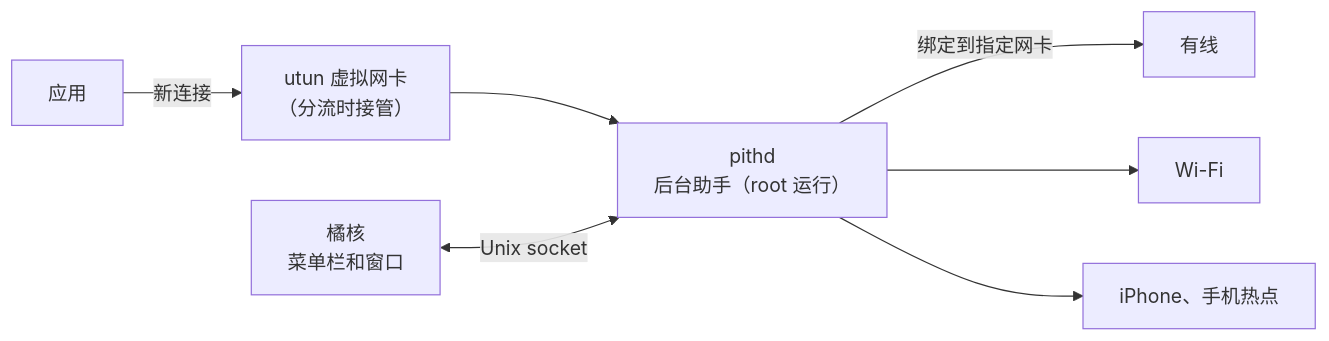
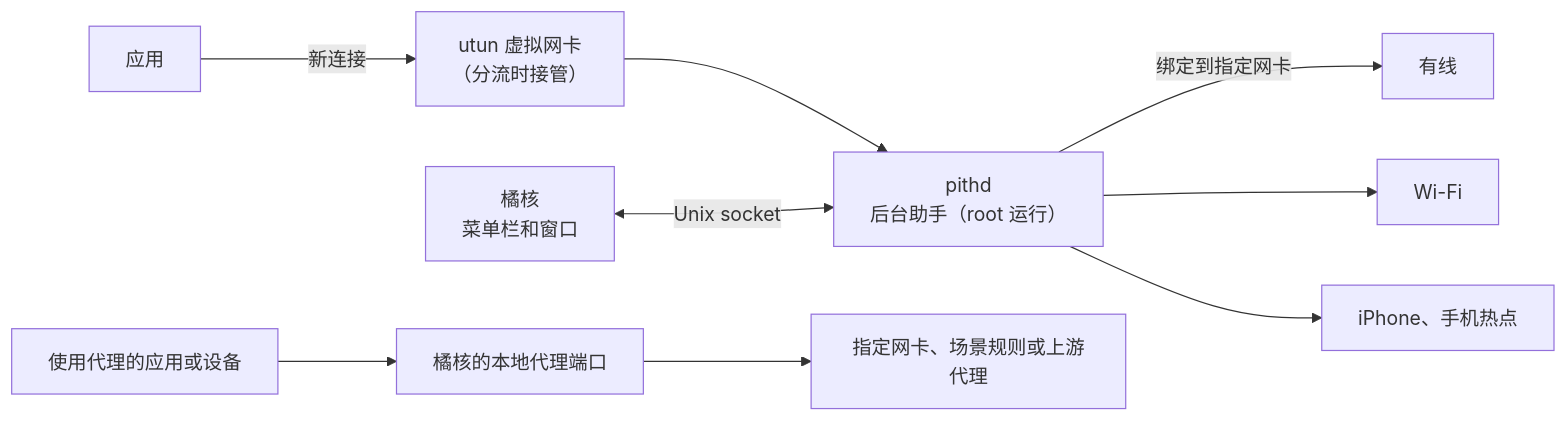
One commit to Kel077/pith changed the diagram in README.zh-CN.md. Above: the diagram before and after it, drawn with Mermaid. The commit also changed other lines of this file and 1 other file, not shown here.

````diff
--- a/README.zh-CN.md
+++ b/README.zh-CN.md
@@ -64,9 +61,11 @@
 ```mermaid
 flowchart LR
   apps["应用"] -- 新连接 --> utun["utun 虚拟网卡<br/>（分流时接管）"]
   utun --> pithd["pithd<br/>后台助手（root 运行）"]
   pithd -- "绑定到指定网卡" --> eth["有线"]
   pithd --> wifi["Wi-Fi"]
   pithd --> phone["iPhone、手机热点"]
   app["橘核<br/>菜单栏和窗口"] <-- "Unix socket" --> pithd
+  browser["使用代理的应用或设备"] --> port["橘核的本地代理端口"]
+  port --> exit["指定网卡、场景规则或上游代理"]
 ```
````
